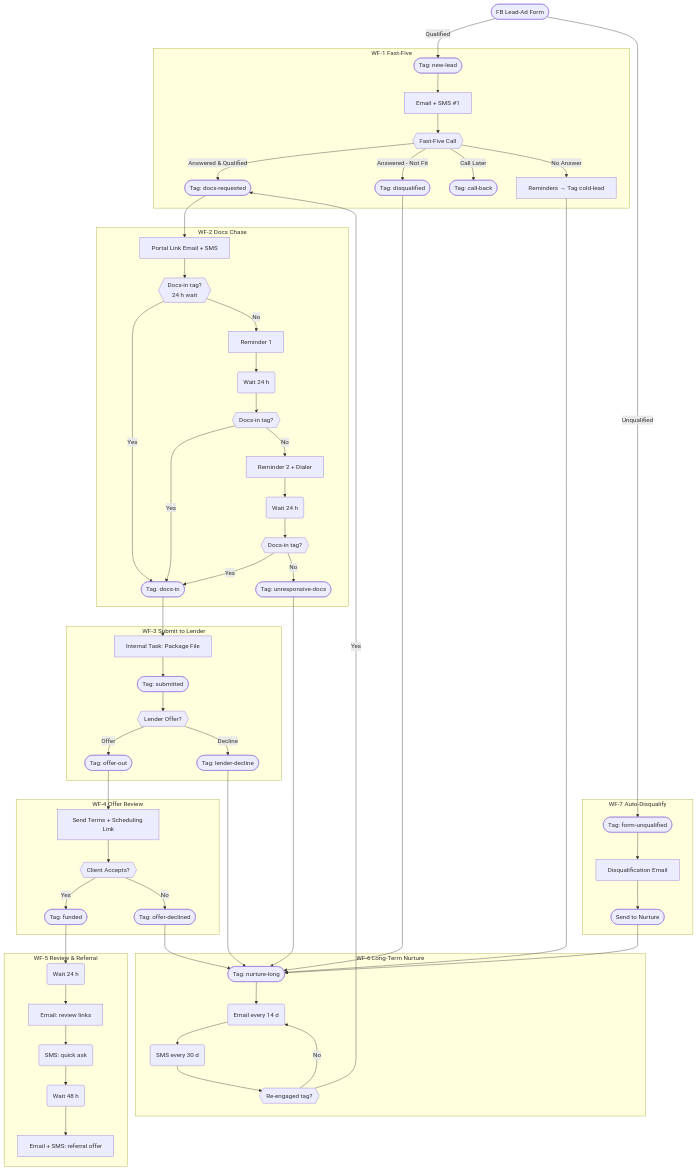
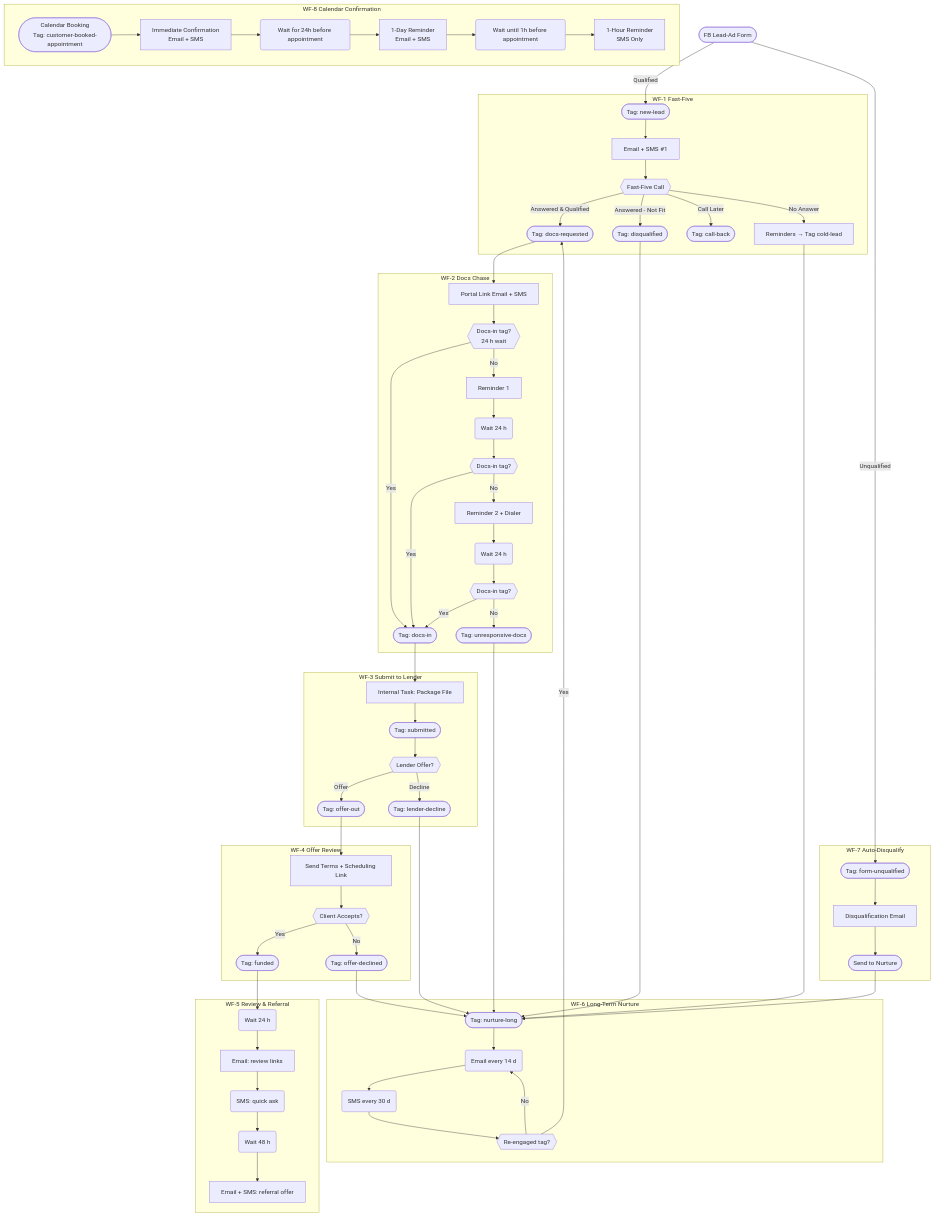
The diagram in readme.md (nidty719/nexli-ghl-workflows), drawn with Mermaid before and after one commit. The commit also changed other lines of this file and 8 other files, not shown here.

````diff
--- a/readme.md
+++ b/readme.md
@@ -81,5 +85,4 @@
 ```mermaid
-
 graph TD;
     %% ---------- LEAD ENTRY POINT ----------
     Z1([FB Lead-Ad Form])
@@ -154,5 +157,15 @@
         N4 -->|Yes| A5
         N4 -->|No| N2
     end
+    
+    %% ---------- WF-8 CALENDAR CONFIRMATION FLOW ----------
+    subgraph CalendarFlow["WF-8 Calendar Confirmation"]
+        CAL1([Calendar Booking<br/>Tag: customer-booked-appointment])
+        CAL1 --> CAL2[Immediate Confirmation<br/>Email + SMS]
+        CAL2 --> CAL3(Wait for 24h before appointment)
+        CAL3 --> CAL4[1-Day Reminder<br/>Email + SMS]
+        CAL4 --> CAL5(Wait until 1h before appointment)
+        CAL5 --> CAL6[1-Hour Reminder<br/>SMS Only]
+    end
 
 ```
````
